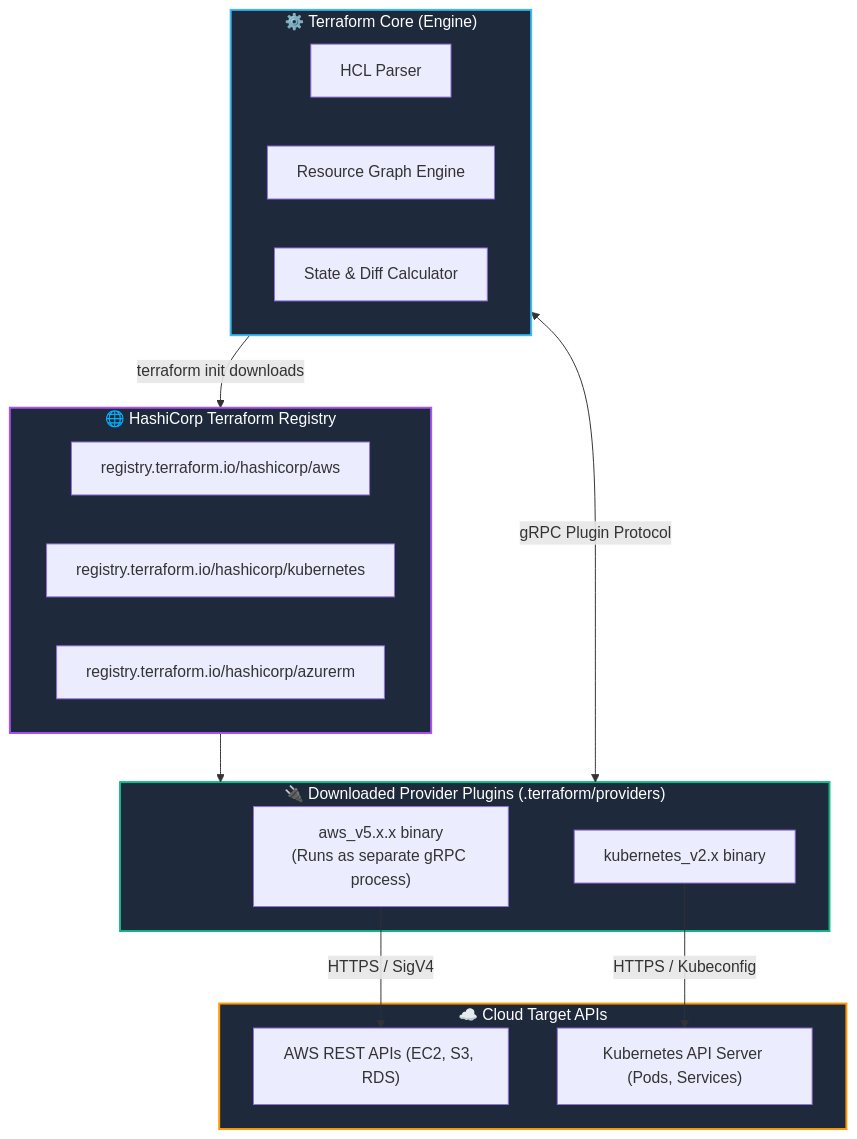
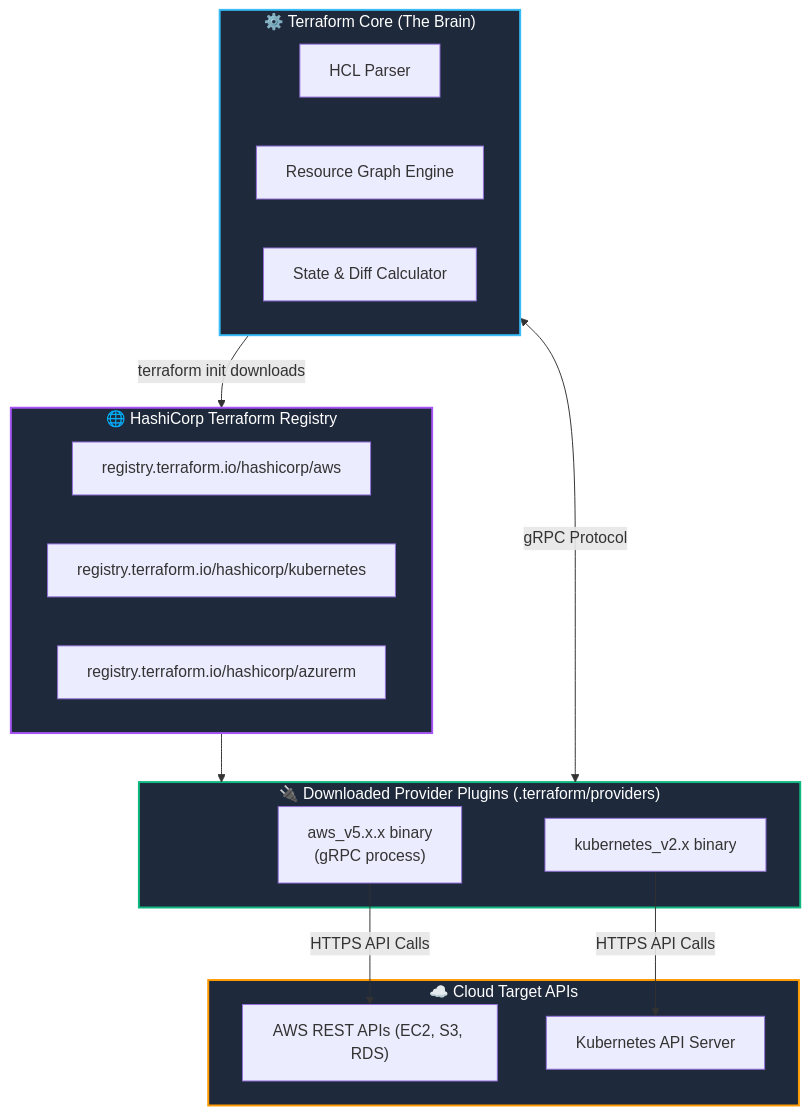
One commit to agravi987/Learning-Terraform-For-DevOps changed the diagram in 04-providers/README.md. Above: the diagram before and after it, drawn with Mermaid. The commit also changed other lines of this file and 18 other files, not shown here.

````diff
--- a/04-providers/README.md
+++ b/04-providers/README.md
@@ -24,35 +28,35 @@
 ```mermaid
 flowchart TD
-    subgraph CoreEngine ["⚙️ Terraform Core (Engine)"]
+    subgraph CoreEngine ["⚙️ Terraform Core (The Brain)"]
         PARSER["HCL Parser"]
         GRAPH["Resource Graph Engine"]
         DIFF["State & Diff Calculator"]
     end
 
     subgraph Registry ["🌐 HashiCorp Terraform Registry"]
         REG_AWS["registry.terraform.io/hashicorp/aws"]
         REG_K8S["registry.terraform.io/hashicorp/kubernetes"]
         REG_AZ["registry.terraform.io/hashicorp/azurerm"]
     end
 
     subgraph Plugins ["🔌 Downloaded Provider Plugins (.terraform/providers)"]
-        P_AWS["aws_v5.x.x binary\n(Runs as separate gRPC process)"]
+        P_AWS["aws_v5.x.x binary\n(gRPC process)"]
         P_K8S["kubernetes_v2.x binary"]
     end
 
     subgraph CloudAPIs ["☁️ Cloud Target APIs"]
         AWS_API["AWS REST APIs (EC2, S3, RDS)"]
-        K8S_API["Kubernetes API Server (Pods, Services)"]
+        K8S_API["Kubernetes API Server"]
     end
 
     CoreEngine -->|terraform init downloads| Registry
     Registry --> Plugins
-    CoreEngine <-->|gRPC Plugin Protocol| Plugins
-    P_AWS -->|HTTPS / SigV4| AWS_API
-    P_K8S -->|HTTPS / Kubeconfig| K8S_API
+    CoreEngine <-->|gRPC Protocol| Plugins
+    P_AWS -->|HTTPS API Calls| AWS_API
+    P_K8S -->|HTTPS API Calls| K8S_API
 
     style CoreEngine fill:#1e293b,stroke:#38bdf8,stroke-width:2px,color:#fff
     style Registry fill:#1e293b,stroke:#a855f7,stroke-width:2px,color:#fff
     style Plugins fill:#1e293b,stroke:#10b981,stroke-width:2px,color:#fff
     style CloudAPIs fill:#1e293b,stroke:#ff9900,stroke-width:2px,color:#fff
 ```
````
